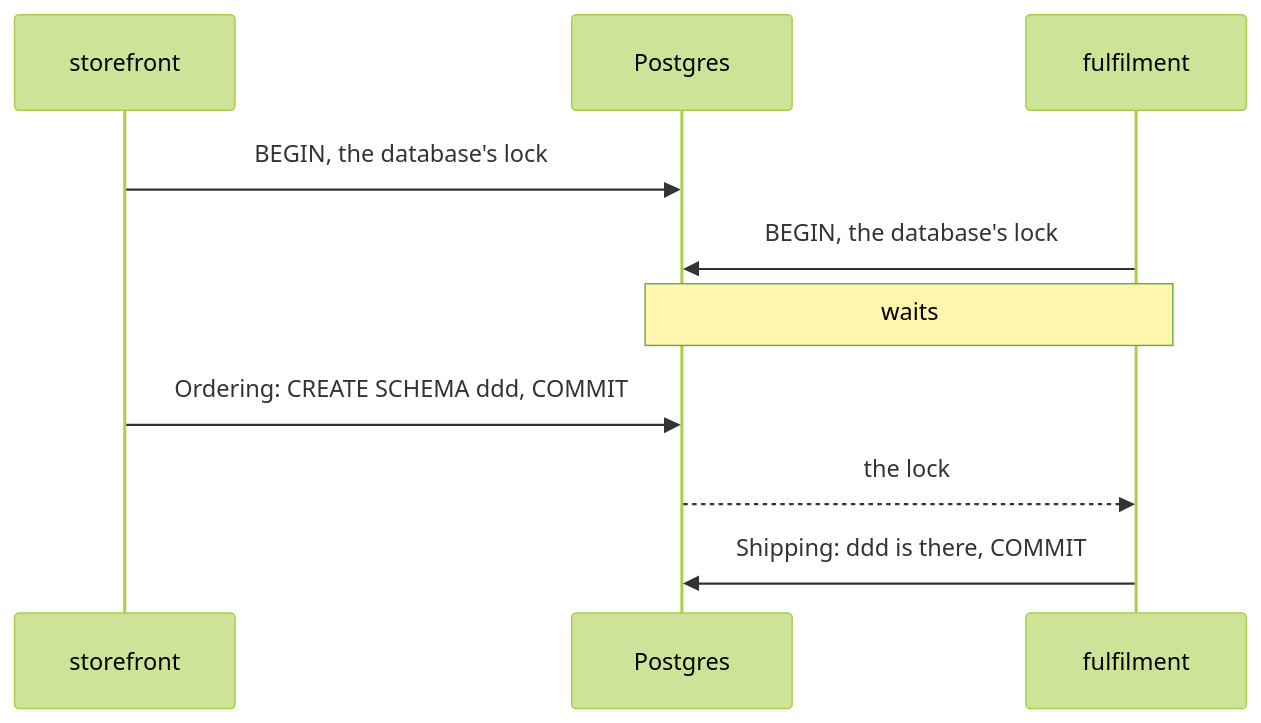
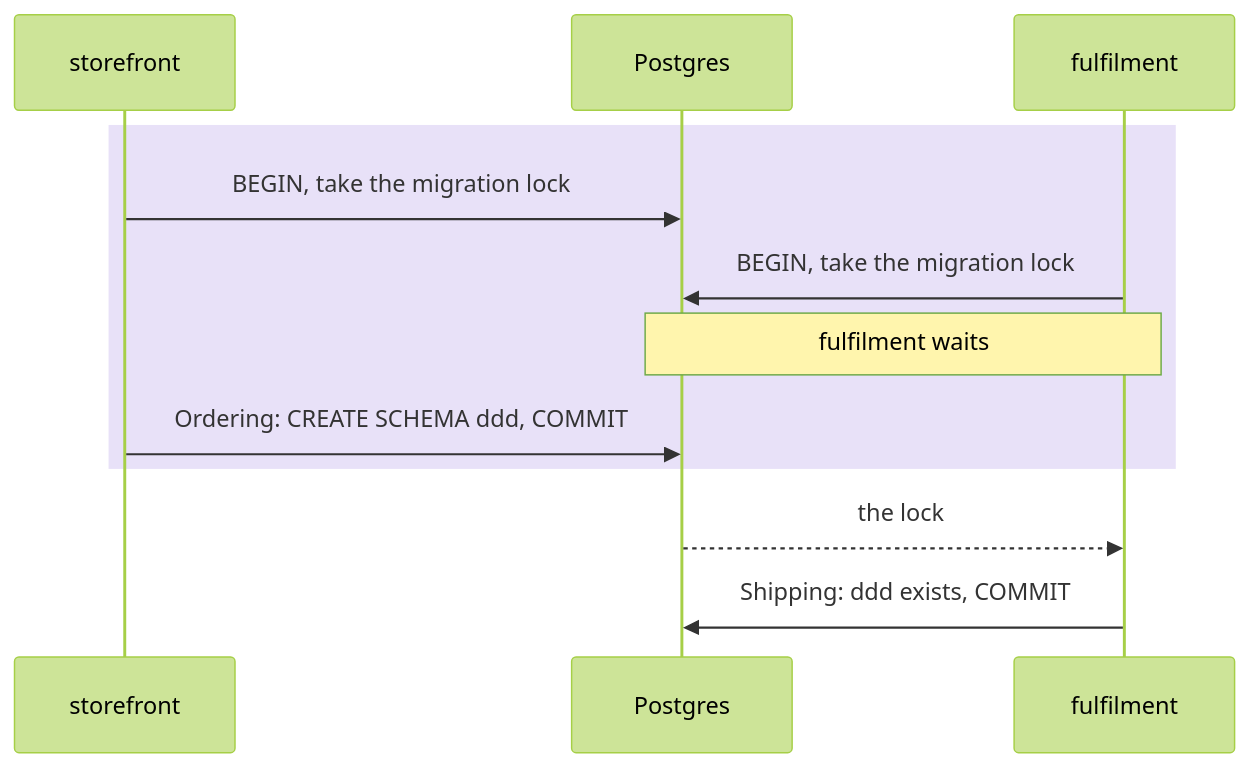
Before and after one commit to DylanSnel/DDDToolkit: the third of 6 diagrams in docs/entity-framework.md, drawn with Mermaid (forest theme). The commit also changed other lines of this file and 41 other files, not shown here.

First line of the commit message:
Docs: plain prose, one word per concept, and readable diagrams on every page

````diff
--- a/docs/entity-framework.md
+++ b/docs/entity-framework.md
@@ -809,12 +879,14 @@
 ```mermaid
 sequenceDiagram
     participant S as storefront
     participant DB as Postgres
     participant F as fulfilment
-    S->>DB: BEGIN, the database's lock
-    F->>DB: BEGIN, the database's lock
-    Note over DB,F: waits
-    S->>DB: Ordering: CREATE SCHEMA ddd, COMMIT
+    rect rgba(91, 46, 201, 0.14)
+        S->>DB: BEGIN, take the migration lock
+        F->>DB: BEGIN, take the migration lock
+        Note over DB,F: fulfilment waits
+        S->>DB: Ordering: CREATE SCHEMA ddd, COMMIT
+    end
     DB-->>F: the lock
-    F->>DB: Shipping: ddd is there, COMMIT
+    F->>DB: Shipping: ddd exists, COMMIT
 ```
````
